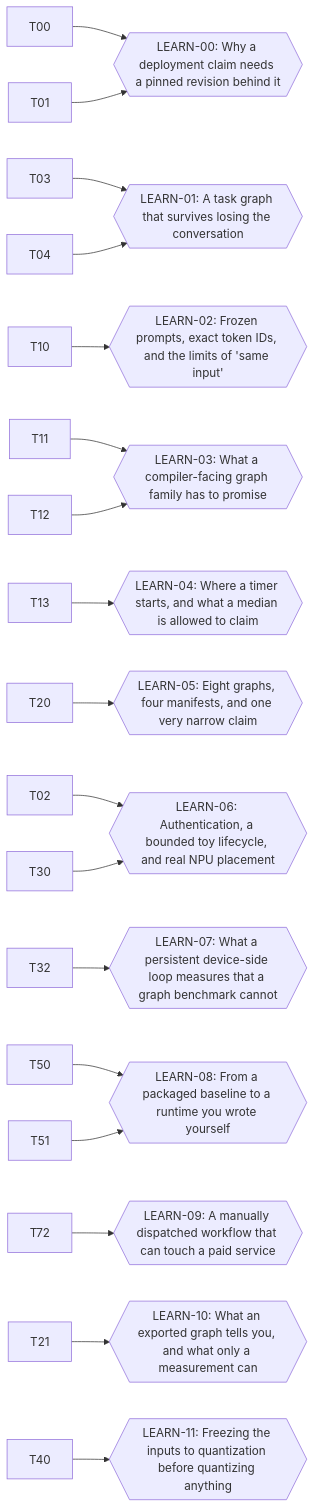
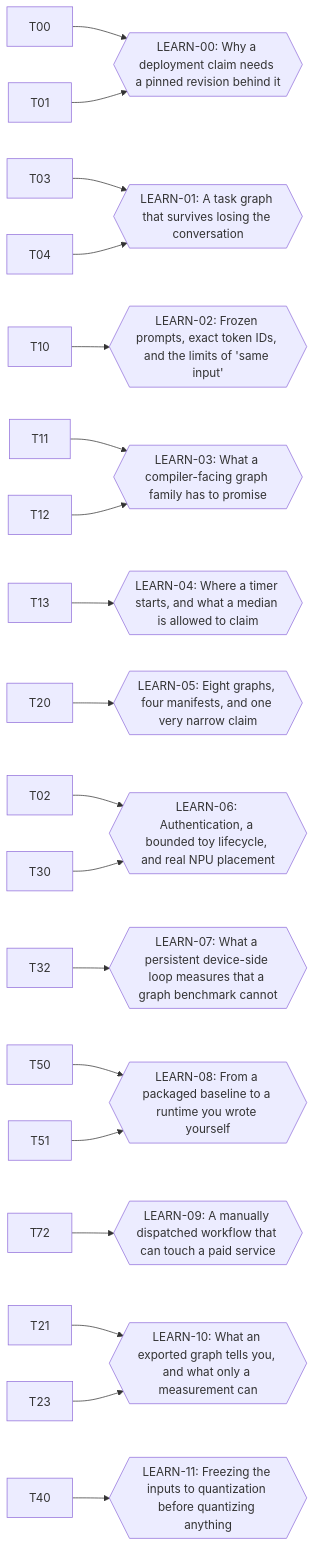
The second of 2 diagrams in ai/tasks/status.generated.md (chayut-t/slm-deployment-lab), drawn with Mermaid before and after one commit. The commit also changed other lines of this file and 6 other files, not shown here.

````diff
--- a/ai/tasks/status.generated.md
+++ b/ai/tasks/status.generated.md
@@ -155,32 +155,33 @@
 ```mermaid
 graph LR
     LEARN_00{{"LEARN-00: Why a deployment claim needs a pinned revision behind it"}}
     LEARN_01{{"LEARN-01: A task graph that survives losing the conversation"}}
     LEARN_02{{"LEARN-02: Frozen prompts, exact token IDs, and the limits of 'same input'"}}
     LEARN_03{{"LEARN-03: What a compiler-facing graph family has to promise"}}
     LEARN_04{{"LEARN-04: Where a timer starts, and what a median is allowed to claim"}}
     LEARN_05{{"LEARN-05: Eight graphs, four manifests, and one very narrow claim"}}
     LEARN_06{{"LEARN-06: Authentication, a bounded toy lifecycle, and real NPU placement"}}
     LEARN_07{{"LEARN-07: What a persistent device-side loop measures that a graph benchmark cannot"}}
     LEARN_08{{"LEARN-08: From a packaged baseline to a runtime you wrote yourself"}}
     LEARN_09{{"LEARN-09: A manually dispatched workflow that can touch a paid service"}}
     LEARN_10{{"LEARN-10: What an exported graph tells you, and what only a measurement can"}}
     LEARN_11{{"LEARN-11: Freezing the inputs to quantization before quantizing anything"}}
     T00 --> LEARN_00
     T01 --> LEARN_00
     T03 --> LEARN_01
     T04 --> LEARN_01
     T10 --> LEARN_02
     T11 --> LEARN_03
     T12 --> LEARN_03
     T13 --> LEARN_04
     T20 --> LEARN_05
     T02 --> LEARN_06
     T30 --> LEARN_06
     T32 --> LEARN_07
     T50 --> LEARN_08
     T51 --> LEARN_08
     T72 --> LEARN_09
     T21 --> LEARN_10
+    T23 --> LEARN_10
     T40 --> LEARN_11
 ```
````
